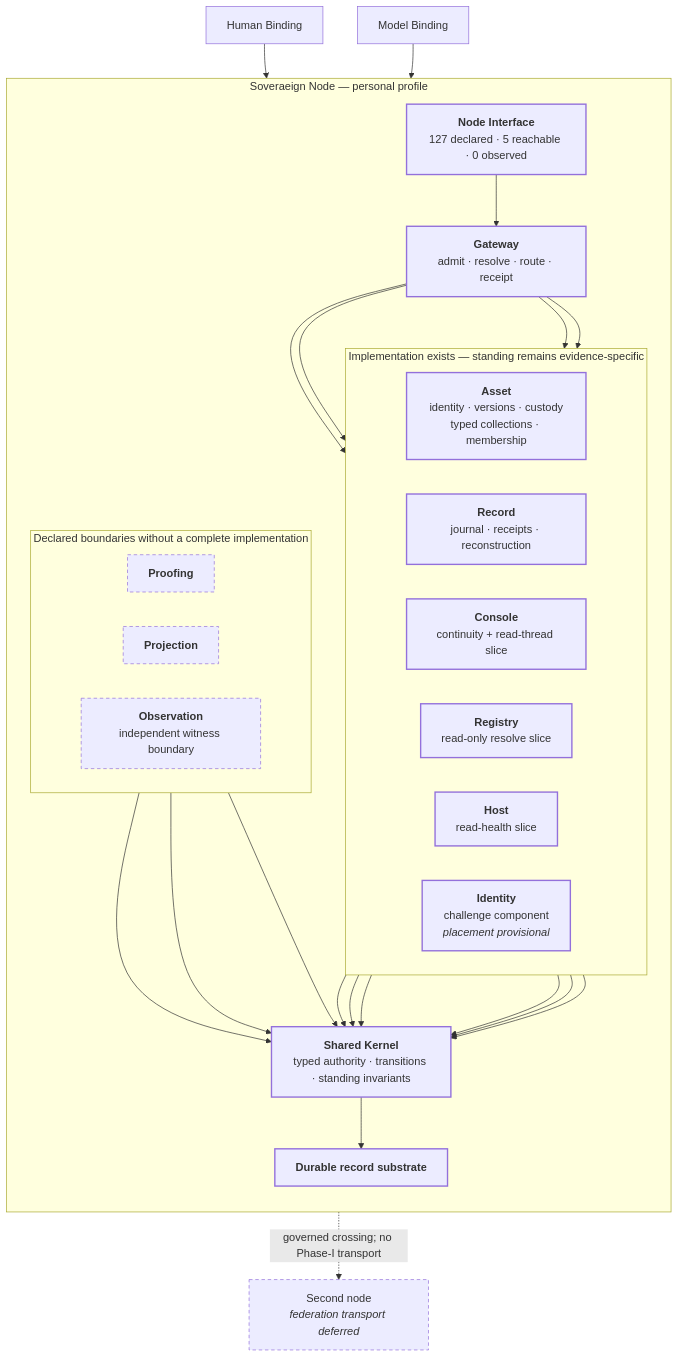
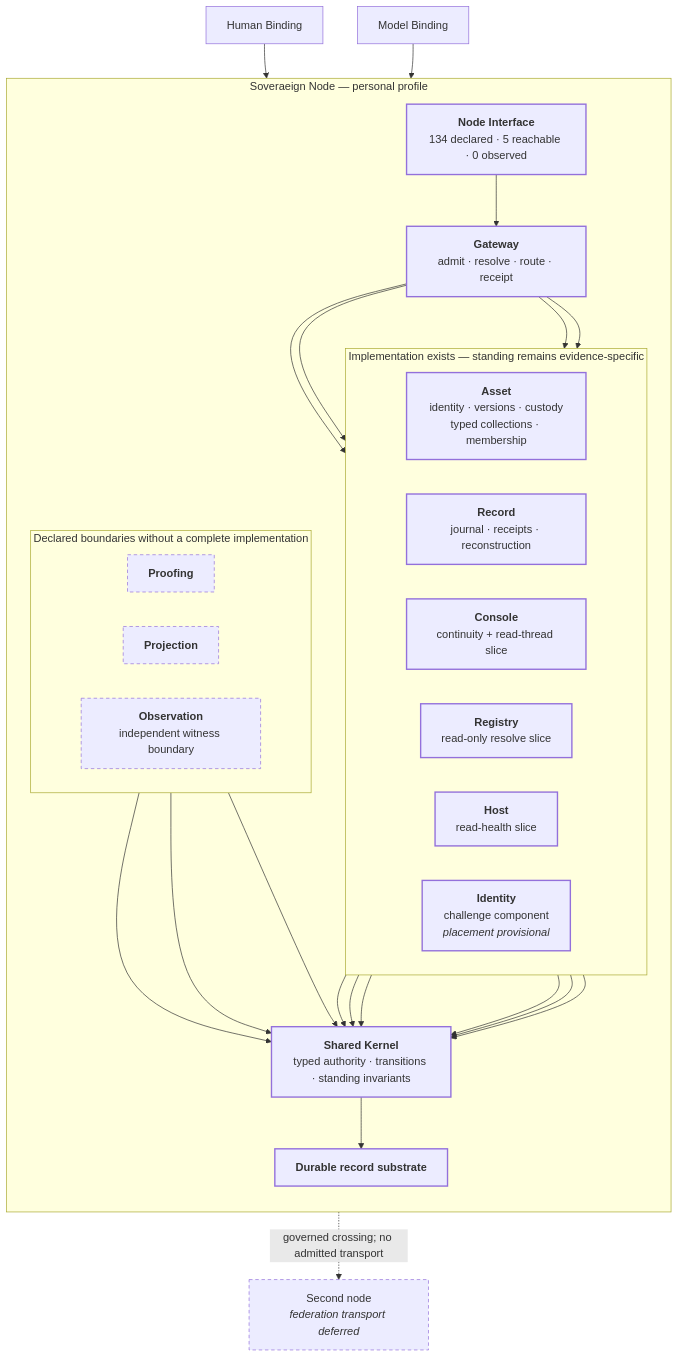
One commit to bdf1992/Soveraeign changed the diagram in diagrams/service-map.md. Above: the diagram before and after it, drawn with Mermaid. The commit also changed other lines of this file and 37 other files, not shown here.

````diff
--- a/diagrams/service-map.md
+++ b/diagrams/service-map.md
@@ -13,57 +13,57 @@
 ```mermaid
 flowchart TB
     HB["Human Binding"]
     MB["Model Binding"]
 
     subgraph nd["Soveraeign Node — personal profile"]
         direction TB
-        NI["<b>Node Interface</b><br/>127 declared · 5 reachable · 0 observed"]
+        NI["<b>Node Interface</b><br/>134 declared · 5 reachable · 0 observed"]
         G["<b>Gateway</b><br/>admit · resolve · route · receipt"]
 
         subgraph live["Implementation exists — standing remains evidence-specific"]
             direction LR
             A["<b>Asset</b><br/>identity · versions · custody<br/>typed collections · membership"]
             R["<b>Record</b><br/>journal · receipts · reconstruction"]
             C["<b>Console</b><br/>continuity + read-thread slice"]
             RG["<b>Registry</b><br/>read-only resolve slice"]
             H["<b>Host</b><br/>read-health slice"]
             I["<b>Identity</b><br/>challenge component<br/><i>placement provisional</i>"]
         end
 
         subgraph boundary["Declared boundaries without a complete implementation"]
             direction LR
             P["<b>Proofing</b>"]
             PJ["<b>Projection</b>"]
             O["<b>Observation</b><br/>independent witness boundary"]
         end
 
         K["<b>Shared Kernel</b><br/>typed authority · transitions · standing invariants"]
         RS["<b>Durable record substrate</b>"]
     end
 
     F["Second node<br/><i>federation transport deferred</i>"]
 
     HB --> NI
     MB --> NI
     NI --> G
     G --> A
     G --> C
     G --> RG
     G --> H
     A --> K
     C --> K
     RG --> K
     H --> K
     I --> K
     R --> K
     P --> K
     PJ --> K
     O --> K
     K --> RS
-    nd -. "governed crossing; no Phase-I transport" .-> F
+    nd -. "governed crossing; no admitted transport" .-> F
 
     classDef pen stroke-width:2px
     classDef pencil stroke-dasharray:5 4,stroke-width:1px
     class A,R,C,RG,H,I,NI,G,K,RS pen
     class P,PJ,O,F pencil
 ```
````
